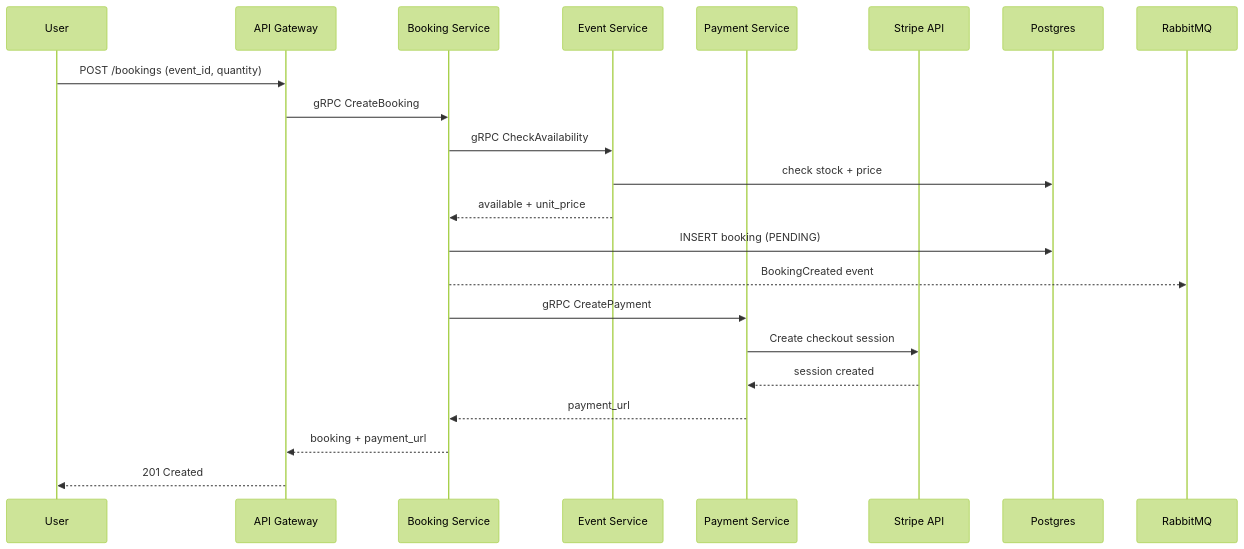
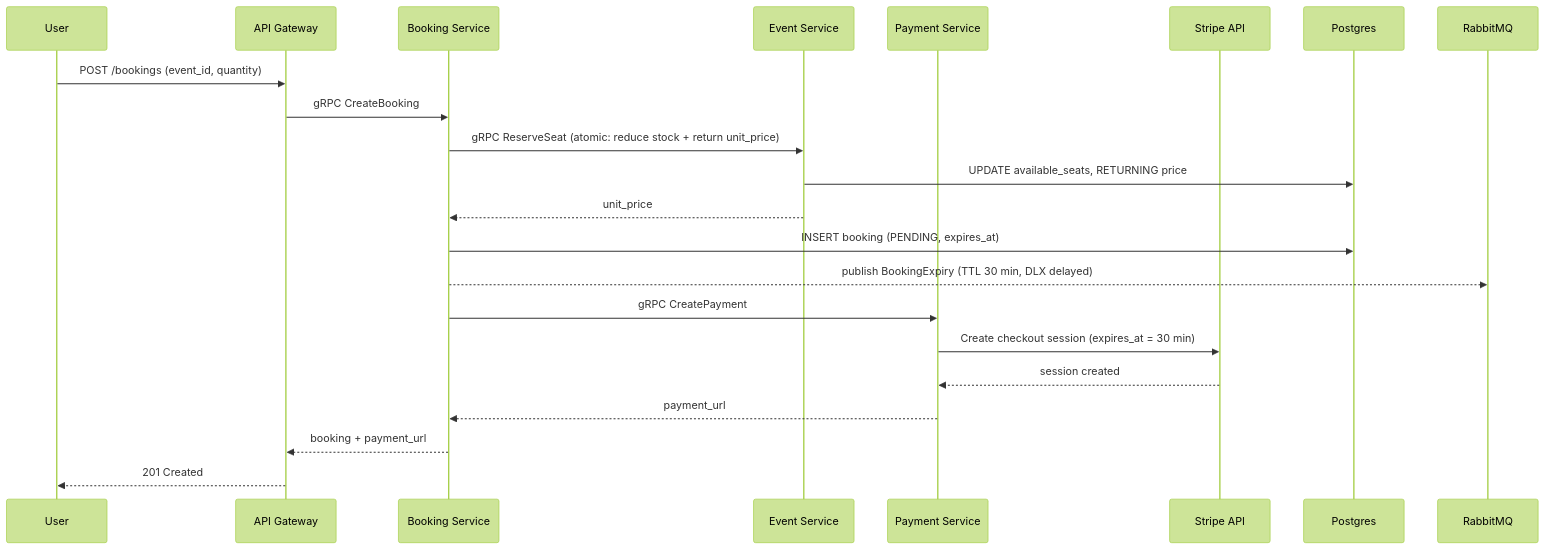
Before and after one commit to baobei23/e-ticket: the diagram in docs/flows/booking-create.md, drawn with Mermaid (forest theme). The commit also changed 5 other files, not shown here.

Commit message:
docs: update flow documentation

````diff
--- a/docs/flows/booking-create.md
+++ b/docs/flows/booking-create.md
@@ -3,26 +3,29 @@
 ```mermaid
 sequenceDiagram
   participant User as User
   participant APIGW as API Gateway
   participant Booking as Booking Service
   participant Event as Event Service
   participant Payment as Payment Service
   participant Stripe as Stripe API
   participant DB as Postgres
   participant MQ as RabbitMQ
 
   User ->> APIGW: POST /bookings (event_id, quantity)
   APIGW ->> Booking: gRPC CreateBooking
-  Booking ->> Event: gRPC CheckAvailability
-  Event ->> DB: check stock + price
-  Event -->> Booking: available + unit_price
 
-  Booking ->> DB: INSERT booking (PENDING)
-  Booking -->> MQ: BookingCreated event
+  Booking ->> Event: gRPC ReserveSeat (atomic: reduce stock + return unit_price)
+  Event ->> DB: UPDATE available_seats, RETURNING price
+  Event -->> Booking: unit_price
+
+  Booking ->> DB: INSERT booking (PENDING, expires_at)
+  Booking -->> MQ: publish BookingExpiry (TTL 30 min, DLX delayed)
+
   Booking ->> Payment: gRPC CreatePayment
-  Payment ->> Stripe: Create checkout session
+  Payment ->> Stripe: Create checkout session (expires_at = 30 min)
   Stripe -->> Payment: session created
   Payment -->> Booking: payment_url
+
   Booking -->> APIGW: booking + payment_url
   APIGW -->> User: 201 Created
 ```
````
